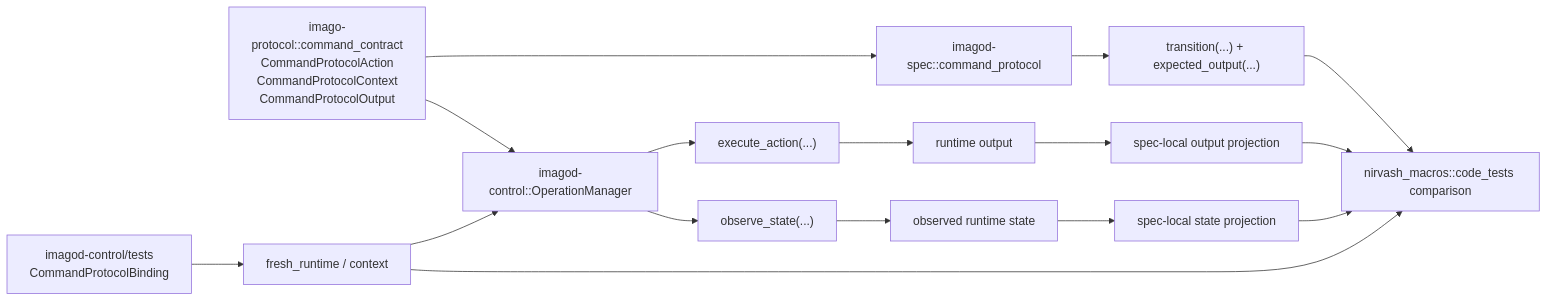
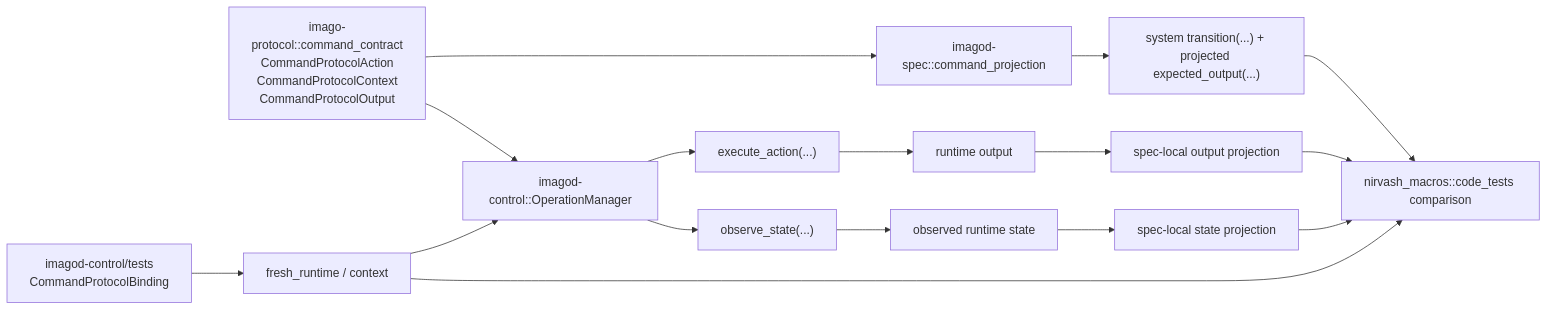
The fifth of 5 diagrams in docs/nirvash-and-imagod-control.md (yieldspace/imago), drawn with Mermaid before and after one commit. The commit also changed other lines of this file and 35 other files, not shown here.

````diff
--- a/docs/nirvash-and-imagod-control.md
+++ b/docs/nirvash-and-imagod-control.md
@@ -153,18 +155,18 @@
 ```mermaid
 flowchart LR
-    A["imago-protocol::command_contract<br/>CommandProtocolAction<br/>CommandProtocolContext<br/>CommandProtocolOutput"] --> B["imagod-spec::command_protocol"]
+    A["imago-protocol::command_contract<br/>CommandProtocolAction<br/>CommandProtocolContext<br/>CommandProtocolOutput"] --> B["imagod-spec::command_projection"]
     A --> C["imagod-control::OperationManager"]
-    B --> D["transition(...) + expected_output(...)"]
+    B --> D["system transition(...) + projected expected_output(...)"]
     F["imagod-control/tests<br/>CommandProtocolBinding"] --> G["fresh_runtime / context"]
     G --> C
     C --> E["execute_action(...)"]
     C --> H["observe_state(...)"]
     E --> I["runtime output"]
     H --> J["observed runtime state"]
     I --> K["spec-local output projection"]
     J --> L["spec-local state projection"]
     D --> M["nirvash_macros::code_tests comparison"]
     G --> M
     K --> M
     L --> M
 ```
````
